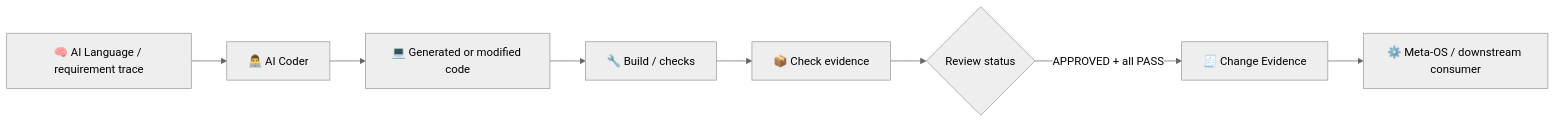
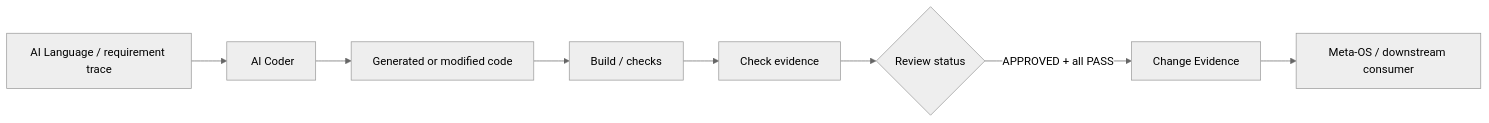
The second of 3 diagrams in README.md (Shtenco/synergy_ai_coder), drawn with Mermaid (neutral theme) before and after one commit. The commit also changed other lines of this file, not shown here.

````diff
--- a/README.md
+++ b/README.md
@@ -127,10 +127,10 @@
 ```mermaid
 flowchart LR
-    L[🧠 AI Language / requirement trace] --> C[👨‍💻 AI Coder]
-    C --> G[💻 Generated or modified code]
-    G --> B[🔧 Build / checks]
-    B --> E[📦 Check evidence]
+    L[ AI Language / requirement trace] --> C[‍ AI Coder]
+    C --> G[ Generated or modified code]
+    G --> B[ Build / checks]
+    B --> E[ Check evidence]
     E --> R{Review status}
-    R -->|APPROVED + all PASS| CE[🧾 Change Evidence]
-    CE --> M[⚙️ Meta-OS / downstream consumer]
+    R -->|APPROVED + all PASS| CE[ Change Evidence]
+    CE --> M[ Meta-OS / downstream consumer]
 ```
````
